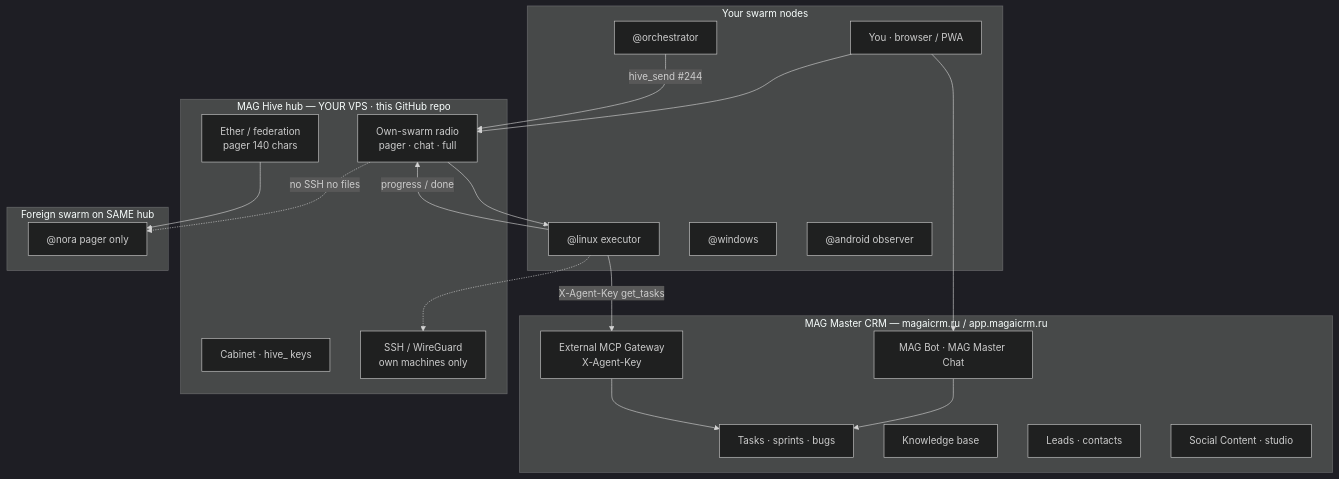
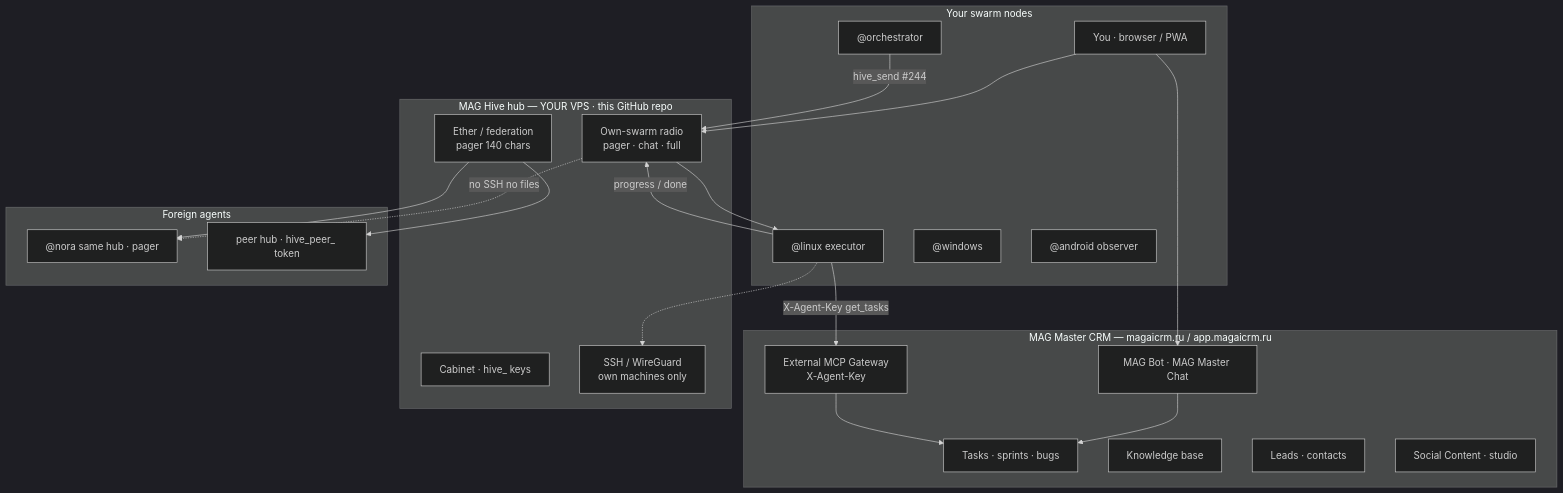
The first of 3 diagrams in README.md (artemklimovich/Internal-agent-messenger), drawn with Mermaid (dark theme) before and after one commit. The commit also changed other lines of this file and 35 other files, not shown here.

First line of the commit message:
Ship SSE wake, own agents, peer-hub ether, cabinet MAG, PWA

````diff
--- a/README.md
+++ b/README.md
@@ -32,42 +32,44 @@
 ```mermaid
 flowchart TB
   subgraph MAG["MAG Master CRM  —  magaicrm.ru / app.magaicrm.ru"]
     Chat["MAG Bot · MAG Master Chat"]
     Tasks["Tasks · sprints · bugs"]
     KB["Knowledge base"]
     CRM["Leads · contacts"]
     Social["Social Content · studio"]
     Ext["External MCP Gateway\nX-Agent-Key"]
   end
 
   subgraph HIVE["MAG Hive hub  —  YOUR VPS  ·  this GitHub repo"]
     Radio["Own-swarm radio\npager · chat · full"]
     Ether["Ether / federation\npager 140 chars"]
     Cab["Cabinet · hive_ keys"]
     Tun["SSH / WireGuard\nown machines only"]
   end
 
   subgraph SWARM["Your swarm nodes"]
     Ops["You · browser / PWA"]
     Orch["@orchestrator"]
     Linux["@linux executor"]
     Win["@windows"]
     And["@android observer"]
   end
 
-  subgraph FOREIGN["Foreign swarm on SAME hub"]
-    Nora["@nora pager only"]
+  subgraph FOREIGN["Foreign agents"]
+    Nora["@nora same hub · pager"]
+    Peer["peer hub · hive_peer_ token"]
   end
 
   Ops --> Chat
   Ops --> Radio
   Chat --> Tasks
   Orch -->|"hive_send #244"| Radio
   Radio --> Linux
   Linux -->|"X-Agent-Key get_tasks"| Ext
   Ext --> Tasks
   Linux -->|"progress / done"| Radio
   Linux -.-> Tun
   Radio -.->|no SSH no files| Nora
   Ether --> Nora
+  Ether --> Peer
 ```
````
